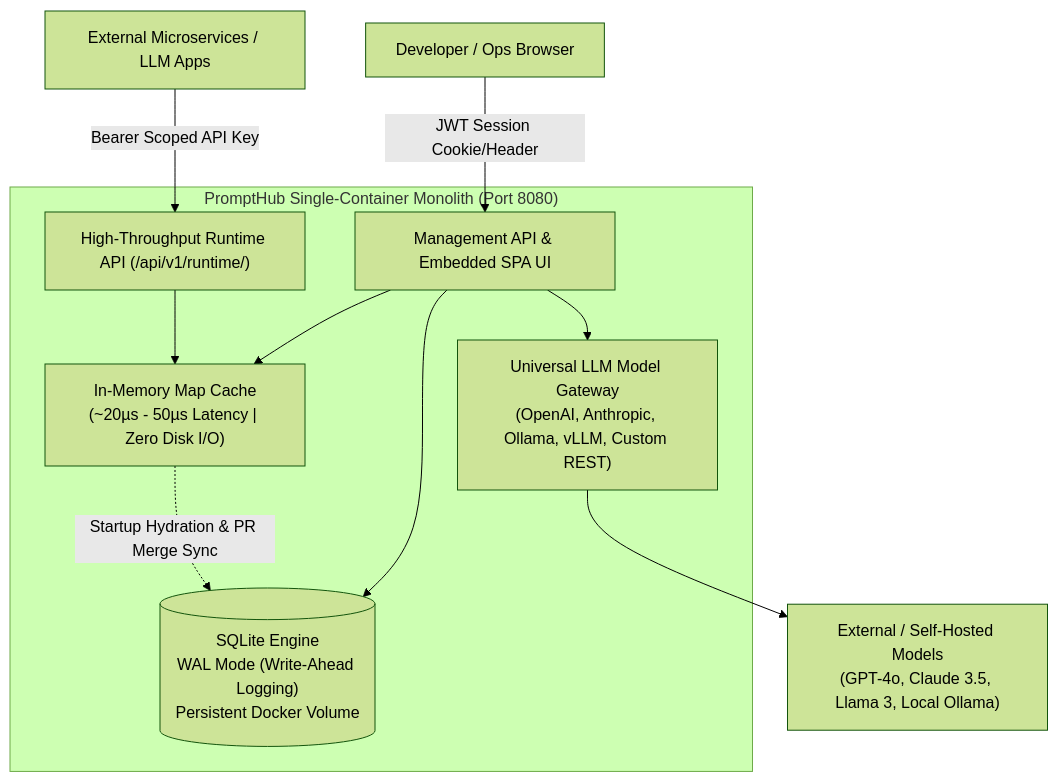
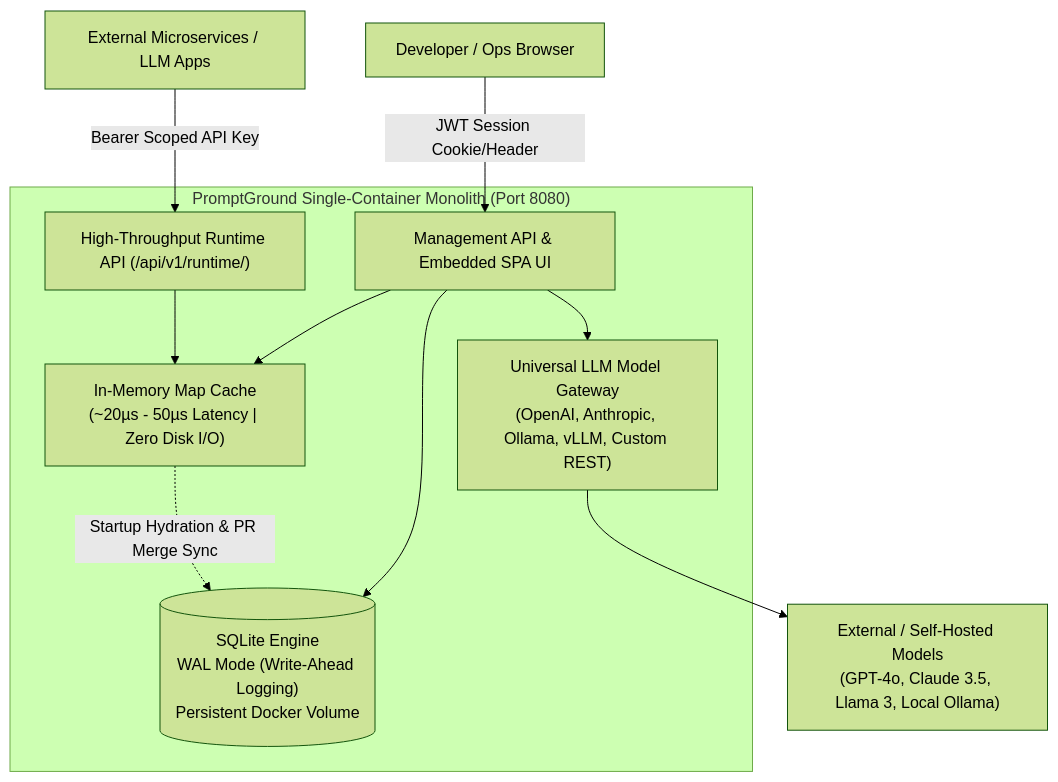
The diagram in README.md (PromptGround/PromptGround), drawn with Mermaid (forest theme) before and after one commit. The commit also changed other lines of this file and 14 other files, not shown here.

Commit message:
chore: rename application branding to PromptGround

````diff
--- a/README.md
+++ b/README.md
@@ -24,15 +24,15 @@
 ```mermaid
 flowchart TD
     Client[External Microservices / LLM Apps] -->|Bearer Scoped API Key| RuntimeAPI["High-Throughput Runtime API (/api/v1/runtime/)"]
     UserBrowser[Developer / Ops Browser] -->|JWT Session Cookie/Header| DashboardAPI["Management API & Embedded SPA UI"]
     
-    subgraph Monolith ["PromptHub Single-Container Monolith (Port 8080)"]
+    subgraph Monolith ["PromptGround Single-Container Monolith (Port 8080)"]
         RuntimeAPI --> MemoryCache["In-Memory Map Cache\n(~20µs - 50µs Latency | Zero Disk I/O)"]
         DashboardAPI --> MemoryCache
         DashboardAPI --> SQLiteEngine[("SQLite Engine\nWAL Mode (Write-Ahead Logging)\nPersistent Docker Volume")]
         MemoryCache -.->|Startup Hydration & PR Merge Sync| SQLiteEngine
         DashboardAPI --> ModelGateway["Universal LLM Model Gateway\n(OpenAI, Anthropic, Ollama, vLLM, Custom REST)"]
     end
     
     ModelGateway --> ExternalLLM["External / Self-Hosted Models\n(GPT-4o, Claude 3.5, Llama 3, Local Ollama)"]
 ```
````
